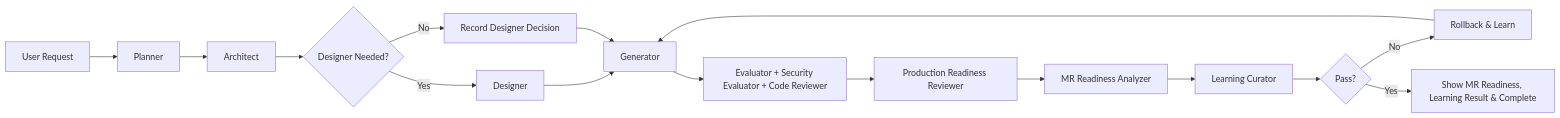
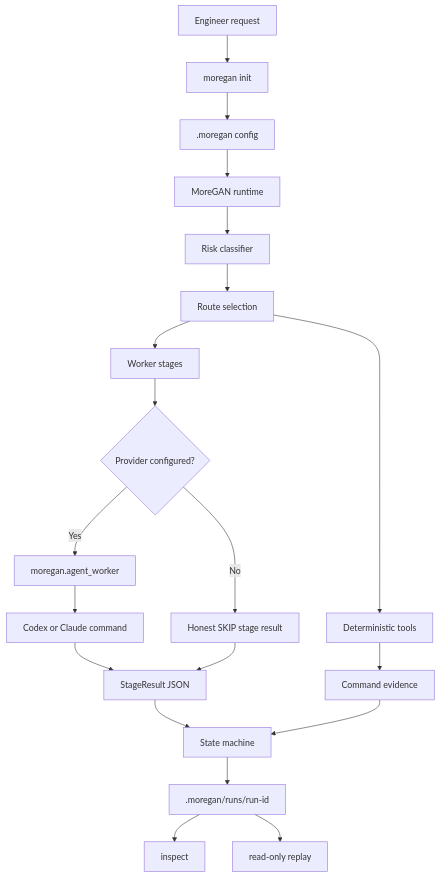
Before and after one commit to suyesh/moregan: the diagram in README.md, drawn with Mermaid. The commit also changed other lines of this file and 53 other files, not shown here.

Commit message:
Build MoreGAN runtime foundation

````diff
--- a/README.md
+++ b/README.md
@@ -246,18 +24,26 @@
 ```mermaid
-graph LR
-    A[User Request] --> B[Planner]
-    B --> C[Architect]
-    C --> D{Designer Needed?}
-    D -->|Yes| E[Designer]
-    D -->|No| F[Record Designer Decision]
-    E --> G[Generator]
-    F --> G
-    G --> H[Evaluator + Security Evaluator + Code Reviewer]
-    H --> I[Production Readiness Reviewer]
-    I --> J[MR Readiness Analyzer]
-    J --> K[Learning Curator]
-    K --> L{Pass?}
-    L -->|No| M[Rollback & Learn]
-    M --> G
-    L -->|Yes| N[Show MR Readiness, Learning Result & Complete]
+flowchart TD
+  Request[Engineer request] --> Init[moregan init]
+  Init --> Config[.moregan config]
+  Config --> Runtime[MoreGAN runtime]
+
+  Runtime --> Risk[Risk classifier]
+  Risk --> Route[Route selection]
+
+  Route --> Workers[Worker stages]
+  Workers --> Adapter{Provider configured?}
+  Adapter -->|No| DryRun[Honest SKIP stage result]
+  Adapter -->|Yes| AgentWorker[moregan.agent_worker]
+  AgentWorker --> Provider[Codex or Claude command]
+  Provider --> StageResult[StageResult JSON]
+  DryRun --> StageResult
+
+  Route --> Tools[Deterministic tools]
+  Tools --> Evidence[Command evidence]
+
+  StageResult --> State[State machine]
+  Evidence --> State
+  State --> Trace[.moregan/runs/run-id]
+  Trace --> Inspect[inspect]
+  Trace --> Replay[read-only replay]
 ```
````
